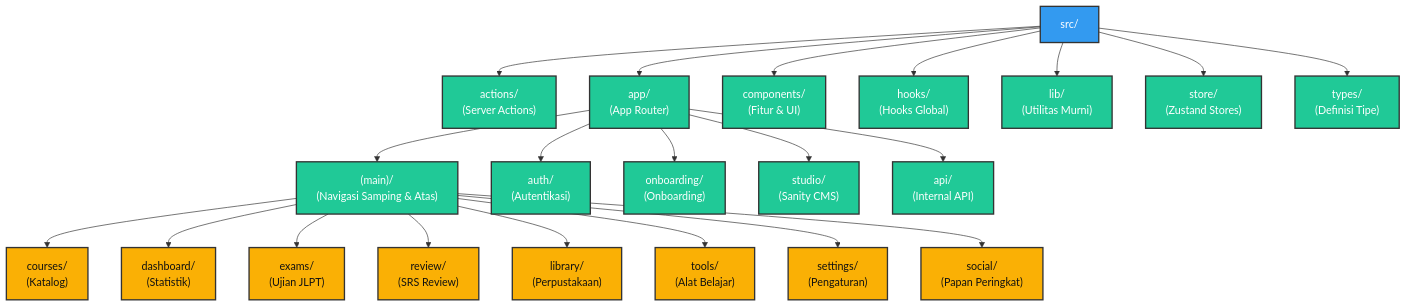
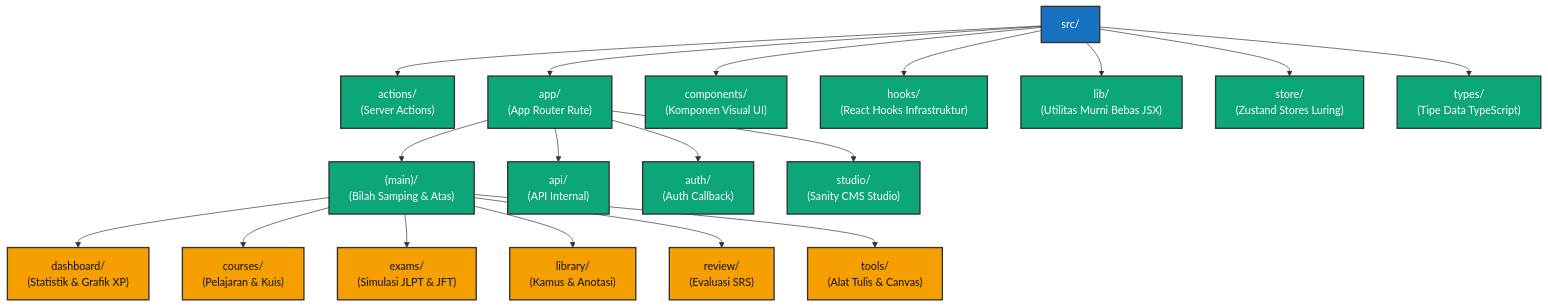
Before and after one commit to zan-118/nihongoroute: the fourth of 4 diagrams in architecture_visual.md, drawn with Mermaid. The commit also changed other lines of this file and 362 other files, not shown here.

Commit message:
feat: initialize full-stack Japanese learning platform architecture with comprehensive dashboard, library, exam, and gamification modules.

````diff
--- a/architecture_visual.md
+++ b/architecture_visual.md
@@ -139,34 +149,31 @@
 ```mermaid
 graph TD
     Root["src/"] --> Actions["actions/<br/>(Server Actions)"]
-    Root --> App["app/<br/>(App Router)"]
-    Root --> Components["components/<br/>(Fitur & UI)"]
-    Root --> Hooks["hooks/<br/>(Hooks Global)"]
-    Root --> Lib["lib/<br/>(Utilitas Murni)"]
-    Root --> Store["store/<br/>(Zustand Stores)"]
-    Root --> Types["types/<br/>(Definisi Tipe)"]
+    Root --> App["app/<br/>(App Router Rute)"]
+    Root --> Components["components/<br/>(Komponen Visual UI)"]
+    Root --> Hooks["hooks/<br/>(React Hooks Infrastruktur)"]
+    Root --> Lib["lib/<br/>(Utilitas Murni Bebas JSX)"]
+    Root --> Store["store/<br/>(Zustand Stores Luring)"]
+    Root --> Types["types/<br/>(Tipe Data TypeScript)"]
 
-    App --> Main["(main)/<br/>(Navigasi Samping & Atas)"]
-    App --> Auth["auth/<br/>(Autentikasi)"]
-    App --> Onboarding["onboarding/<br/>(Onboarding)"]
-    App --> Studio["studio/<br/>(Sanity CMS)"]
-    App --> API["api/<br/>(Internal API)"]
+    App --> Main["(main)/<br/>(Bilah Samping & Atas)"]
+    App --> API["api/<br/>(API Internal)"]
+    App --> Auth["auth/<br/>(Auth Callback)"]
+    App --> Studio["studio/<br/>(Sanity CMS Studio)"]
 
-    Main --> Courses["courses/<br/>(Katalog)"]
-    Main --> Dashboard["dashboard/<br/>(Statistik)"]
-    Main --> Exams["exams/<br/>(Ujian JLPT)"]
-    Main --> Review["review/<br/>(SRS Review)"]
-    Main --> Library["library/<br/>(Perpustakaan)"]
-    Main --> Tools["tools/<br/>(Alat Belajar)"]
-    Main --> Settings["settings/<br/>(Pengaturan)"]
-    Main --> Social["social/<br/>(Papan Peringkat)"]
-    
+    Main --> Dashboard["dashboard/<br/>(Statistik & Grafik XP)"]
+    Main --> Courses["courses/<br/>(Pelajaran & Kuis)"]
+    Main --> Exams["exams/<br/>(Simulasi JLPT & JFT)"]
+    Main --> Library["library/<br/>(Kamus & Anotasi)"]
+    Main --> Review["review/<br/>(Evaluasi SRS)"]
+    Main --> Tools["tools/<br/>(Alat Tulis & Canvas)"]
+
     %% Styling
-    classDef root fill:#339af0,stroke:#333,stroke-width:2px,color:#fff;
-    classDef folder fill:#20c997,stroke:#333,stroke-width:2px,color:#fff;
-    classDef subfolder fill:#fab005,stroke:#333,stroke-width:2px,color:#111;
-    
+    classDef root fill:#1971c2,stroke:#333,stroke-width:2px,color:#fff;
+    classDef folder fill:#0ca678,stroke:#333,stroke-width:2px,color:#fff;
+    classDef route fill:#f59f00,stroke:#333,stroke-width:2px,color:#111;
+
     class Root root;
-    class Actions,App,Components,Hooks,Lib,Store,Types,Main,Auth,Onboarding,Studio,API folder;
-    class Courses,Dashboard,Exams,Review,Library,Tools,Settings,Social subfolder;
+    class Actions,App,Components,Hooks,Lib,Store,Types,Main,API,Auth,Studio folder;
+    class Dashboard,Courses,Exams,Library,Review,Tools route;
 ```
````
